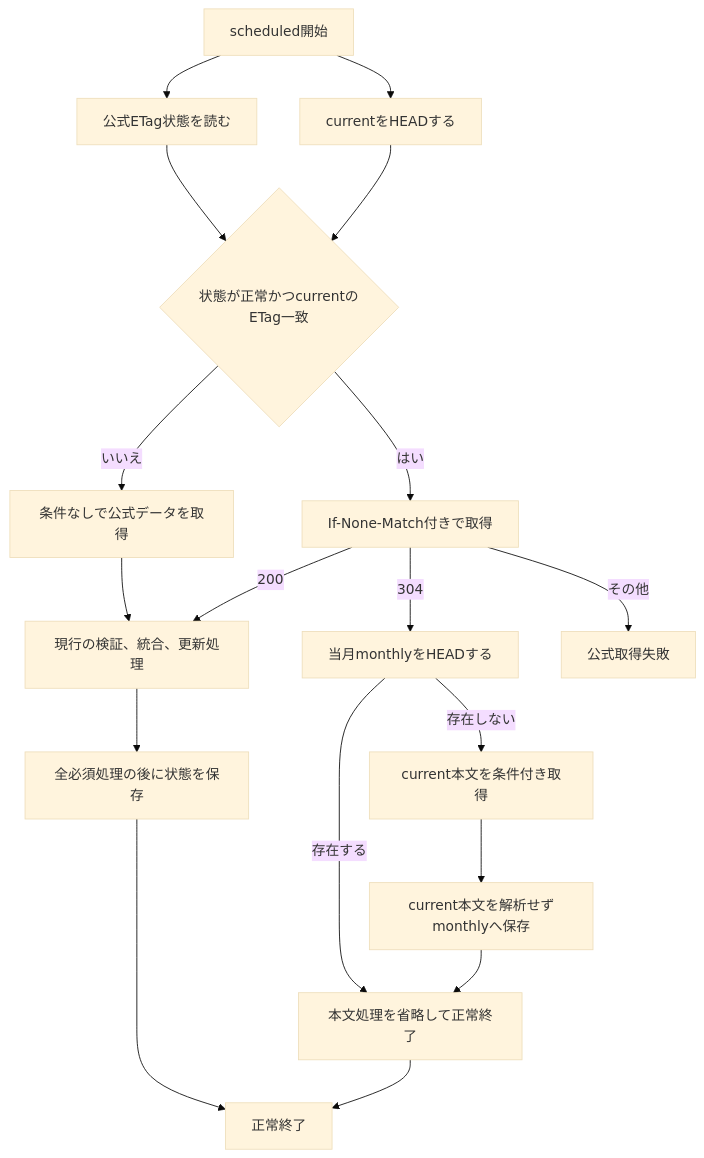
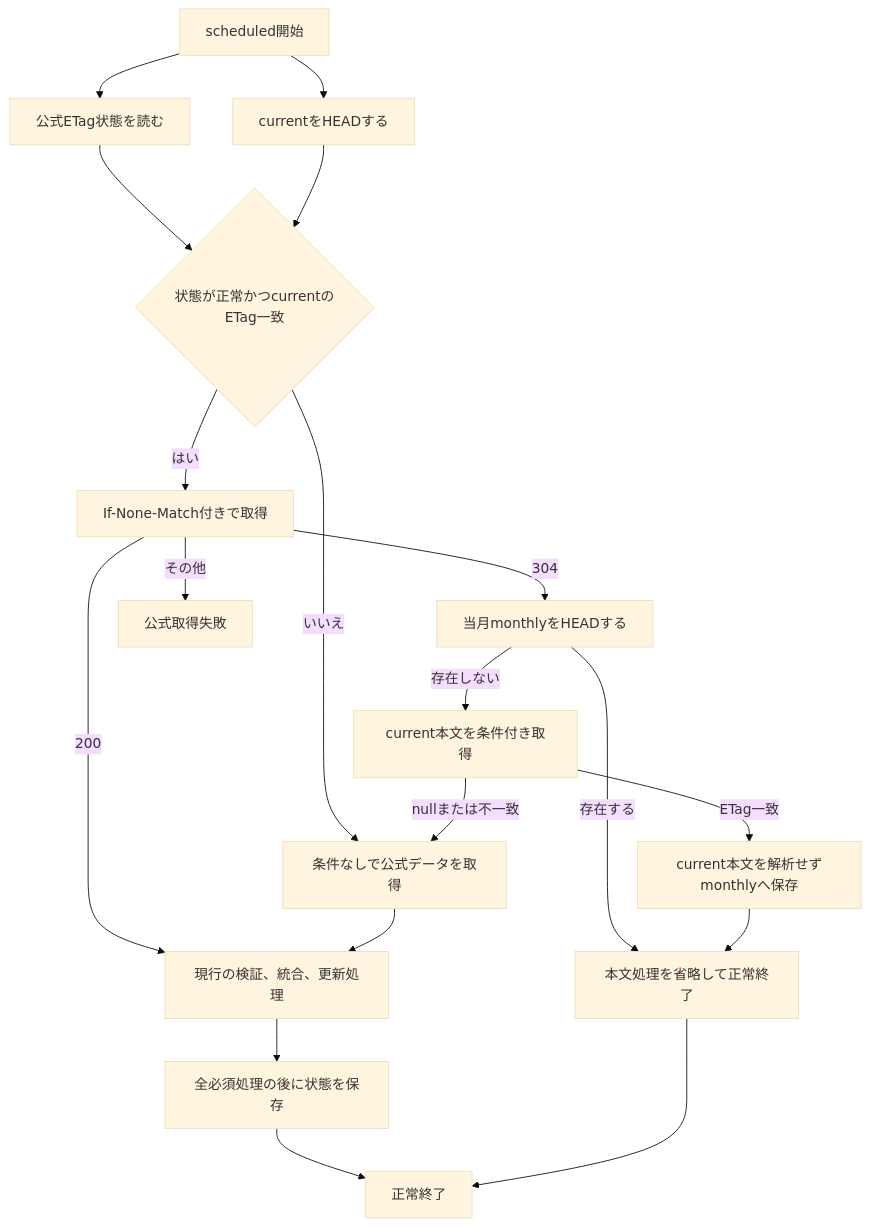
One commit to reamkf/kf3-notification-search changed the diagram in docs/news-archive-etag-optimization.md. Above: the diagram before and after it, drawn with Mermaid (base theme). The commit also changed other lines of this file and 5 other files, not shown here.

Commit message:
docs: update news archive fetch flow documentation

````diff
--- a/docs/news-archive-etag-optimization.md
+++ b/docs/news-archive-etag-optimization.md
@@ -84,20 +87,21 @@
 ```mermaid
 flowchart TD
     Start[scheduled開始] --> State[公式ETag状態を読む]
     Start --> HeadCurrent[currentをHEADする]
     State --> Eligible{状態が正常かつcurrentのETag一致}
     HeadCurrent --> Eligible
     Eligible -->|いいえ| FullFetch[条件なしで公式データを取得]
     Eligible -->|はい| ConditionalFetch[If-None-Match付きで取得]
     ConditionalFetch -->|200| FullProcess[現行の検証、統合、更新処理]
     ConditionalFetch -->|304| CheckMonthly[当月monthlyをHEADする]
     ConditionalFetch -->|その他| Fail[公式取得失敗]
     FullFetch --> FullProcess
     CheckMonthly -->|存在する| Skip[本文処理を省略して正常終了]
     CheckMonthly -->|存在しない| StreamCurrent[current本文を条件付き取得]
-    StreamCurrent --> Monthly[current本文を解析せずmonthlyへ保存]
+    StreamCurrent -->|ETag一致| Monthly[current本文を解析せずmonthlyへ保存]
+    StreamCurrent -->|nullまたは不一致| FullFetch
     Monthly --> Skip
     FullProcess --> SaveState[全必須処理の後に状態を保存]
     SaveState --> Done[正常終了]
     Skip --> Done
 ```
````
